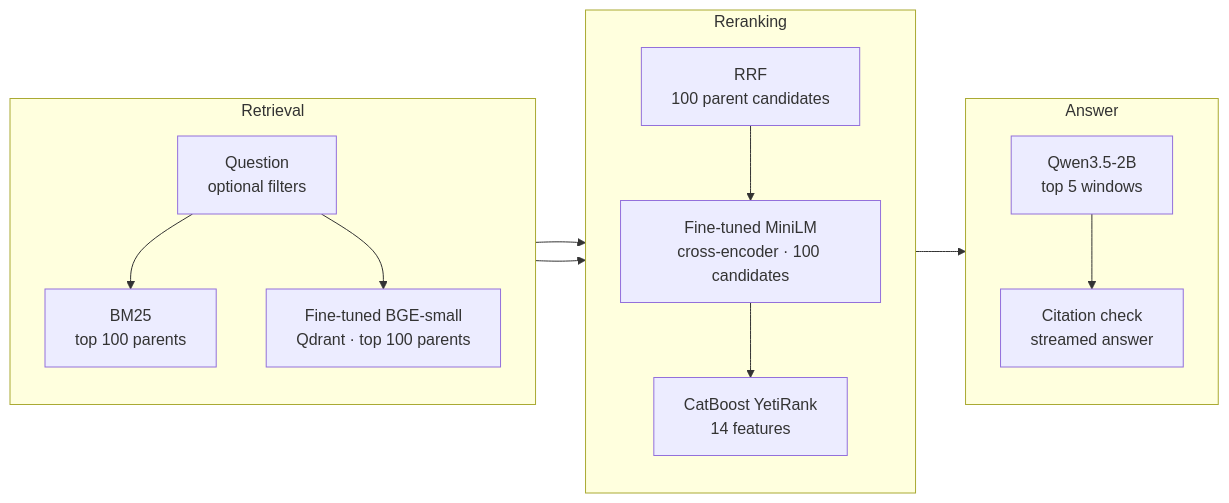
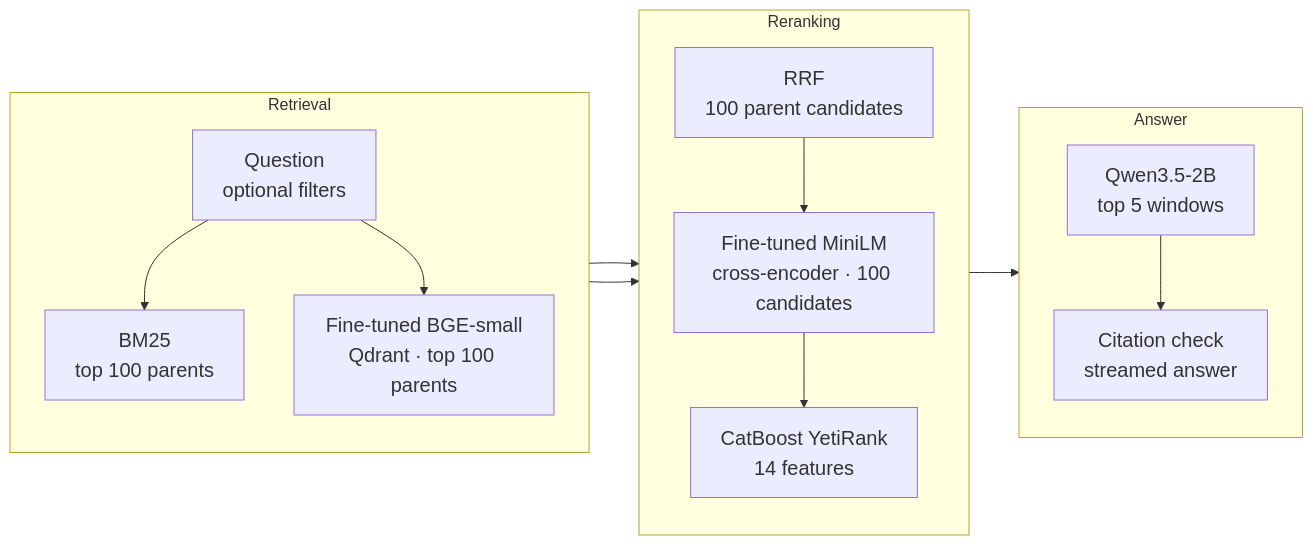
One commit to flaretensor/ledgerlight changed the diagram in README.md. Above: the diagram before and after it, drawn with Mermaid.

Commit message:
style(readme): enlarge pipeline node labels

````diff
--- a/README.md
+++ b/README.md
@@ -11,30 +11,31 @@
 ```mermaid
 flowchart LR
+    classDef default font-size:20px;
     subgraph RET["Retrieval"]
         direction TB
         Q["Question<br/>optional filters"]
         B["BM25<br/>top 100 parents"]
         D["Fine-tuned BGE-small<br/>Qdrant · top 100 parents"]
         Q --> B
         Q --> D
     end
 
     subgraph RANK["Reranking"]
         direction TB
         R["RRF<br/>100 parent candidates"]
         C["Fine-tuned MiniLM<br/>cross-encoder · 100 candidates"]
         L["CatBoost YetiRank<br/>14 features"]
         R --> C --> L
     end
 
     subgraph ANS["Answer"]
         direction TB
         G["Qwen3.5-2B<br/>top 5 windows"]
         V["Citation check<br/>streamed answer"]
         G --> V
     end
 
     B --> R
     D --> R
     L --> G
 ```
````
